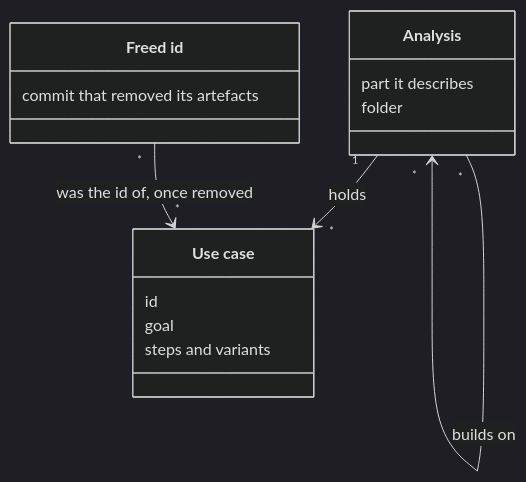
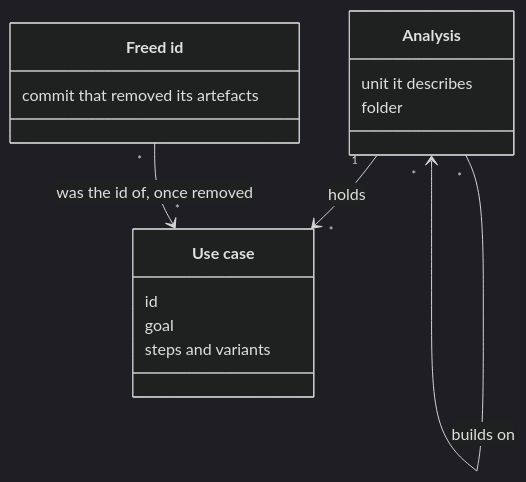
One commit to aleskalfas/project-kit changed the first of 2 diagrams in tech-docs/analysis/software-analysis/domain-model/010-analyses-and-use-cases.md. Above: the diagram before and after it, drawn with Mermaid (dark theme). The commit also changed other lines of this file and 1 other file, not shown here.

First line of the commit message:
docs(software-analysis): an analysis describes one unit of a project's software

````diff
--- a/tech-docs/analysis/software-analysis/domain-model/010-analyses-and-use-cases.md
+++ b/tech-docs/analysis/software-analysis/domain-model/010-analyses-and-use-cases.md
@@ -28,17 +28,17 @@
 ```mermaid
 classDiagram
   accTitle: Analyses, use cases and their ids
-  accDescr: An analysis describes one part of a project's software, builds on the analyses of the parts that part depends on, and holds its use cases. A freed id was the id of removed use cases, journeys or requirements, and names the commit that removed them.
+  accDescr: An analysis describes one unit of a project's software, builds on the analyses of the units that unit depends on, and holds its use cases. A freed id was the id of removed use cases, journeys or requirements, and names the commit that removed them.
   class Analysis
-  Analysis : part it describes
+  Analysis : unit it describes
   Analysis : folder
   class UseCase["Use case"]
   UseCase : id
   UseCase : goal
   UseCase : steps and variants
   class FreedId["Freed id"]
   FreedId : commit that removed its artefacts
   Analysis "*" --> "*" Analysis : builds on
   Analysis "1" --> "*" UseCase : holds
   FreedId "*" --> "*" UseCase : was the id of, once removed
 ```
````
